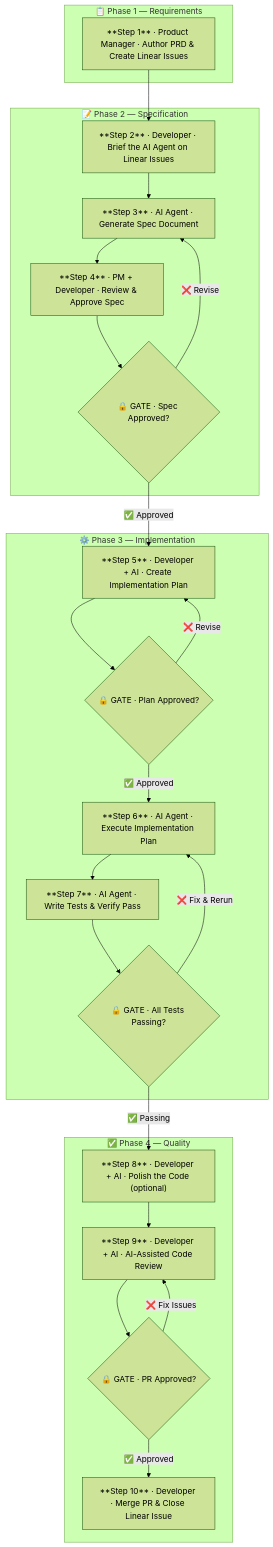
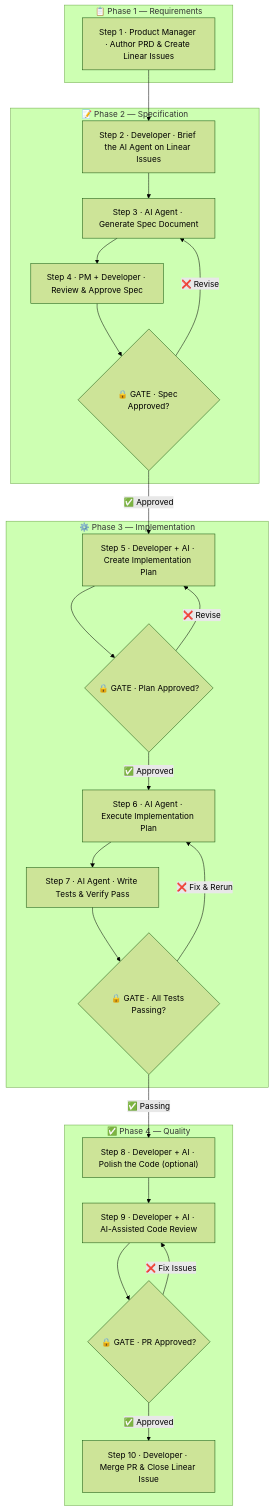
One commit to chsi020/spec-driven-development changed the diagram in README.md. Above: the diagram before and after it, drawn with Mermaid (forest theme).

Commit message:
Refactor workflow steps in README.md to remove emphasis formatting for consistency

````diff
--- a/README.md
+++ b/README.md
@@ -65,46 +65,46 @@
 ```mermaid
 flowchart TD
     subgraph PHASE1["📋 Phase 1 — Requirements"]
-        S1["**Step 1** · Product Manager · Author PRD & Create Linear Issues"]
+        S1["Step 1 · Product Manager · Author PRD & Create Linear Issues"]
     end
 
     subgraph PHASE2["📝 Phase 2 — Specification"]
-        S2["**Step 2** · Developer · Brief the AI Agent on Linear Issues"]
-        S3["**Step 3** · AI Agent · Generate Spec Document"]
-        S4["**Step 4** · PM + Developer · Review & Approve Spec"]
+        S2["Step 2 · Developer · Brief the AI Agent on Linear Issues"]
+        S3["Step 3 · AI Agent · Generate Spec Document"]
+        S4["Step 4 · PM + Developer · Review & Approve Spec"]
         G1{"🔒 GATE · Spec Approved?"}
     end
 
     subgraph PHASE3["⚙️ Phase 3 — Implementation"]
-        S5["**Step 5** · Developer + AI · Create Implementation Plan"]
+        S5["Step 5 · Developer + AI · Create Implementation Plan"]
         G2{"🔒 GATE · Plan Approved?"}
-        S6["**Step 6** · AI Agent · Execute Implementation Plan"]
-        S7["**Step 7** · AI Agent · Write Tests & Verify Pass"]
+        S6["Step 6 · AI Agent · Execute Implementation Plan"]
+        S7["Step 7 · AI Agent · Write Tests & Verify Pass"]
         G3{"🔒 GATE · All Tests Passing?"}
     end
 
     subgraph PHASE4["✅ Phase 4 — Quality"]
-        S8["**Step 8** · Developer + AI · Polish the Code (optional)"]
-        S9["**Step 9** · Developer + AI · AI-Assisted Code Review"]
-        S10["**Step 10** · Developer · Merge PR & Close Linear Issue"]
+        S8["Step 8 · Developer + AI · Polish the Code (optional)"]
+        S9["Step 9 · Developer + AI · AI-Assisted Code Review"]
+        S10["Step 10 · Developer · Merge PR & Close Linear Issue"]
         G4{"🔒 GATE · PR Approved?"}
     end
 
     S1 --> S2
     S2 --> S3
     S3 --> S4
     S4 --> G1
     G1 -- "✅ Approved" --> S5
     G1 -- "❌ Revise" --> S3
     S5 --> G2
     G2 -- "✅ Approved" --> S6
     G2 -- "❌ Revise" --> S5
     S6 --> S7
     S7 --> G3
     G3 -- "✅ Passing" --> S8
     G3 -- "❌ Fix & Rerun" --> S6
     S8 --> S9
     S9 --> G4
     G4 -- "✅ Approved" --> S10
     G4 -- "❌ Fix Issues" --> S9
 ```
````
